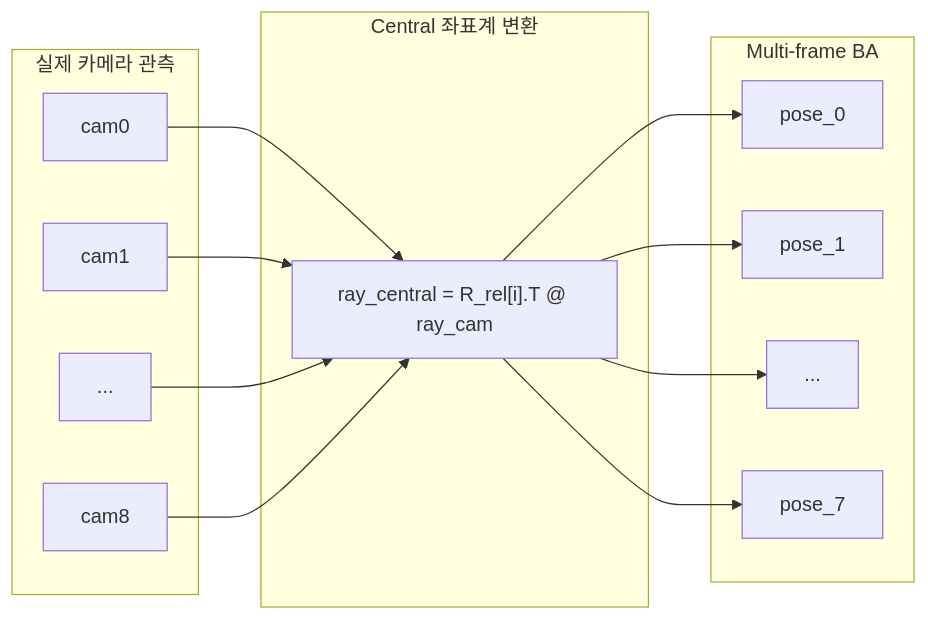
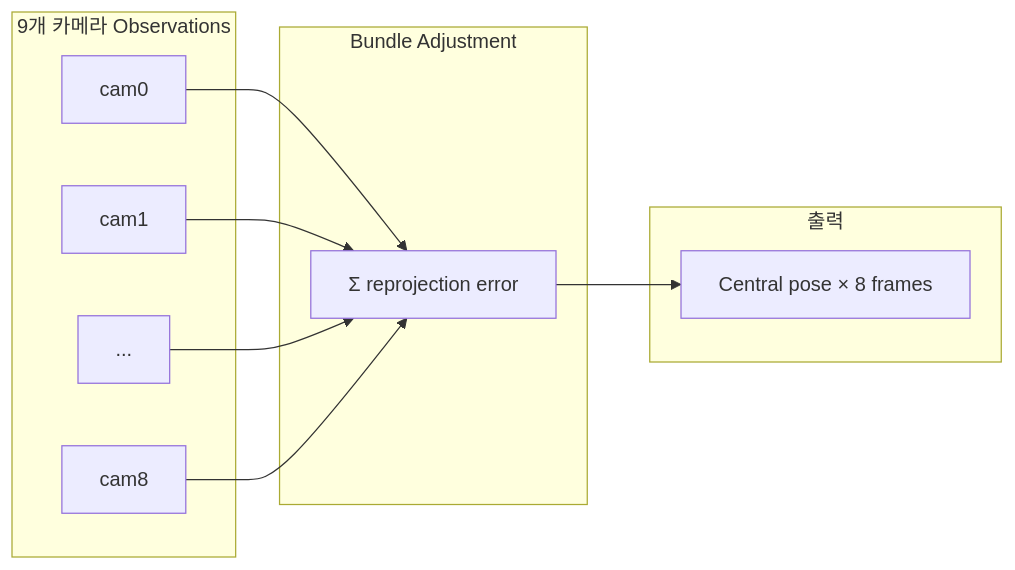
One commit to kyowon1108/gsplat-onthefly-nvs-study changed the first of 2 diagrams in daily_docs/260126-rig_aware_bootstrap_proposal.md. Above: the diagram before and after it, drawn with Mermaid. The commit also changed other lines of this file, not shown here.

````diff
--- a/daily_docs/260126-rig_aware_bootstrap_proposal.md
+++ b/daily_docs/260126-rig_aware_bootstrap_proposal.md
@@ -46,29 +42,23 @@
 ```mermaid
 flowchart LR
-    subgraph REAL["실제 카메라 관측"]
+    subgraph OBS["9개 카메라 Observations"]
         C0["cam0"]
         C1["cam1"]
         C2["..."]
         C8["cam8"]
     end
 
-    subgraph VIRTUAL["Central 좌표계 변환"]
-        V["ray_central = R_rel[i].T @ ray_cam"]
+    subgraph BA["Bundle Adjustment"]
+        E["Σ reprojection error"]
     end
 
-    subgraph BA["Multi-frame BA"]
-        P0["pose_0"]
-        P1["pose_1"]
-        P2["..."]
-        P7["pose_7"]
+    subgraph OUT["출력"]
+        P["Central pose × 8 frames"]
     end
 
-    C0 --> V
-    C1 --> V
-    C2 --> V
-    C8 --> V
-    V --> P0
-    V --> P1
-    V --> P2
-    V --> P7
+    C0 --> E
+    C1 --> E
+    C2 --> E
+    C8 --> E
+    E --> P
 ```
````
